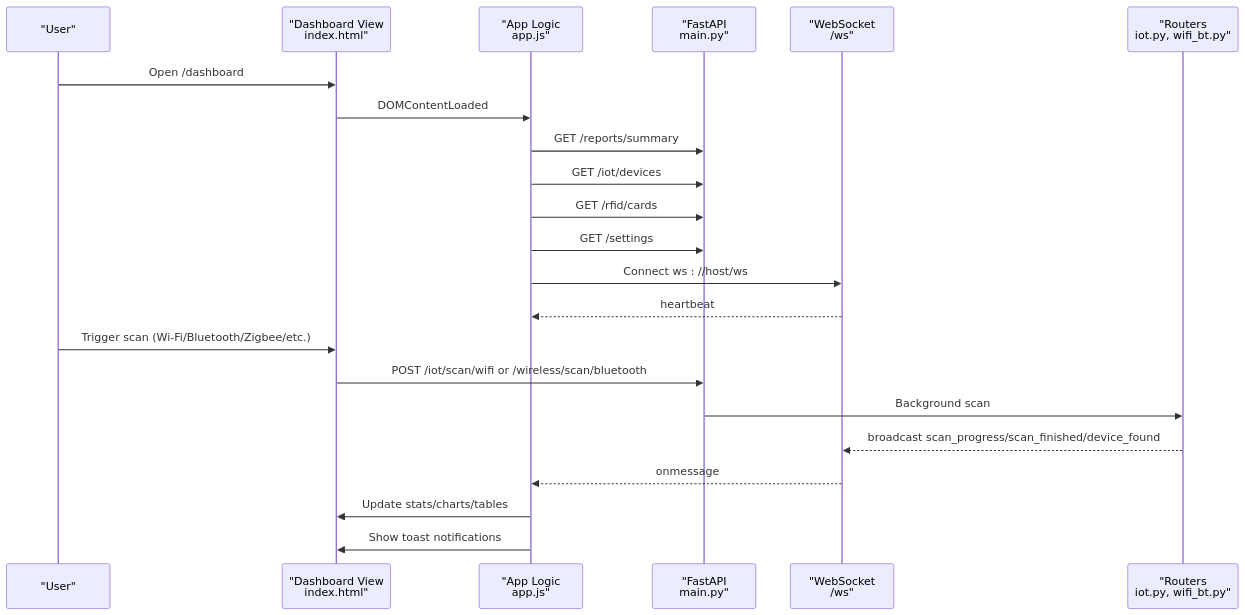
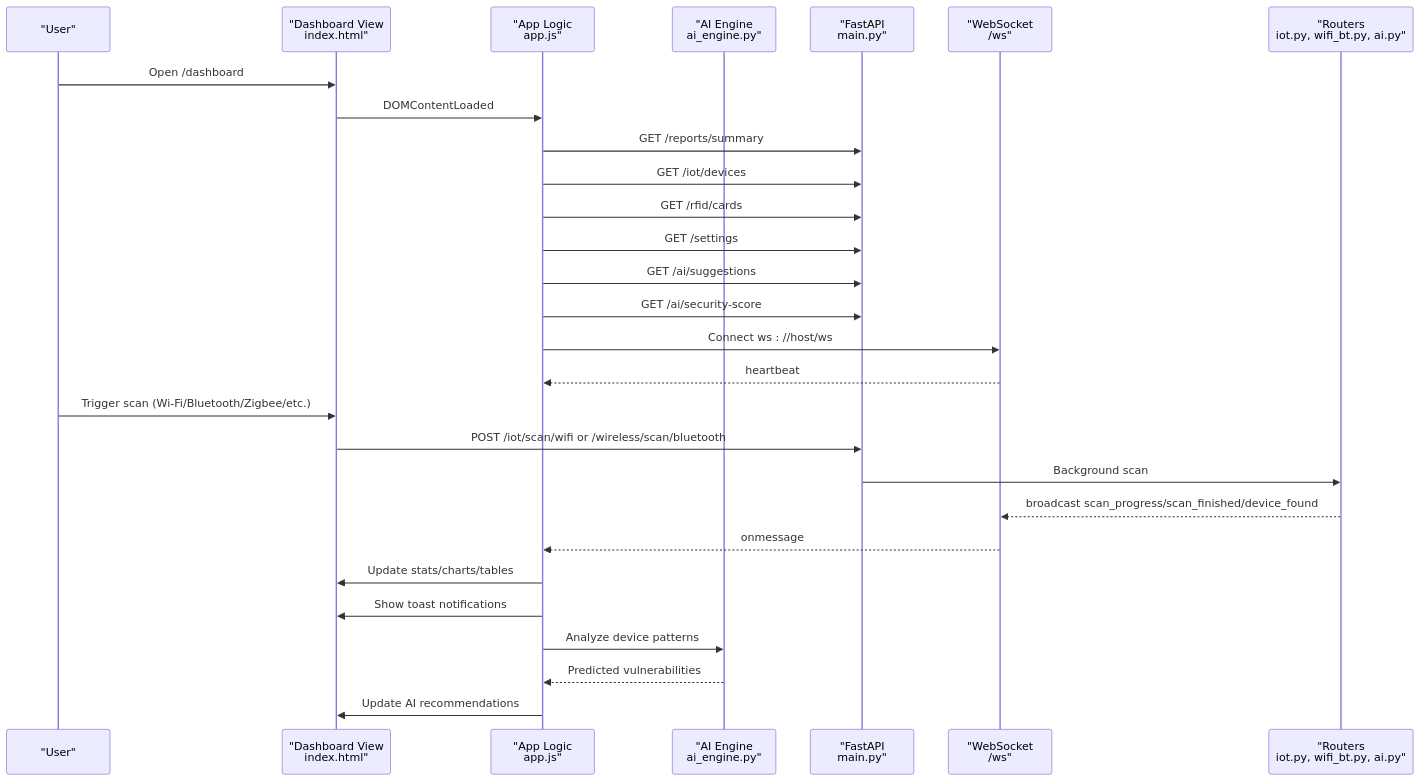
One commit to MohandWaleed3/PentexOne changed the second of 11 diagrams in .qoder/repowiki/en/content/Frontend Dashboard.md. Above: the diagram before and after it, drawn with Mermaid. The commit also changed other lines of this file and 16 other files, not shown here.

````diff
--- a/.qoder/repowiki/en/content/Frontend Dashboard.md
+++ b/.qoder/repowiki/en/content/Frontend Dashboard.md
@@ -86,24 +104,30 @@
 ```mermaid
 sequenceDiagram
 participant U as "User"
 participant V as "Dashboard View<br/>index.html"
 participant JS as "App Logic<br/>app.js"
+participant AI as "AI Engine<br/>ai_engine.py"
 participant API as "FastAPI<br/>main.py"
 participant WS as "WebSocket<br/>/ws"
-participant RT as "Routers<br/>iot.py, wifi_bt.py"
+participant RT as "Routers<br/>iot.py, wifi_bt.py, ai.py"
 U->>V : Open /dashboard
 V->>JS : DOMContentLoaded
 JS->>API : GET /reports/summary
 JS->>API : GET /iot/devices
 JS->>API : GET /rfid/cards
 JS->>API : GET /settings
+JS->>API : GET /ai/suggestions
+JS->>API : GET /ai/security-score
 JS->>WS : Connect ws : //host/ws
 WS-->>JS : heartbeat
 U->>V : Trigger scan (Wi-Fi/Bluetooth/Zigbee/etc.)
 V->>API : POST /iot/scan/wifi or /wireless/scan/bluetooth
 API->>RT : Background scan
 RT-->>WS : broadcast scan_progress/scan_finished/device_found
 WS-->>JS : onmessage
 JS->>V : Update stats/charts/tables
 JS->>V : Show toast notifications
+JS->>AI : Analyze device patterns
+AI-->>JS : Predicted vulnerabilities
+JS->>V : Update AI recommendations
 ```
````
